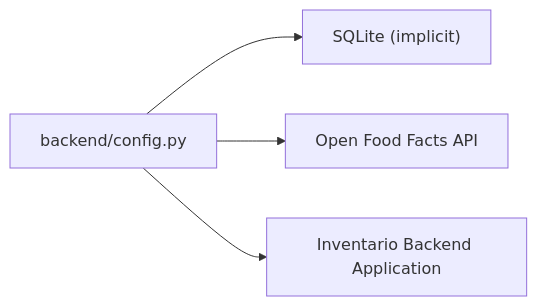
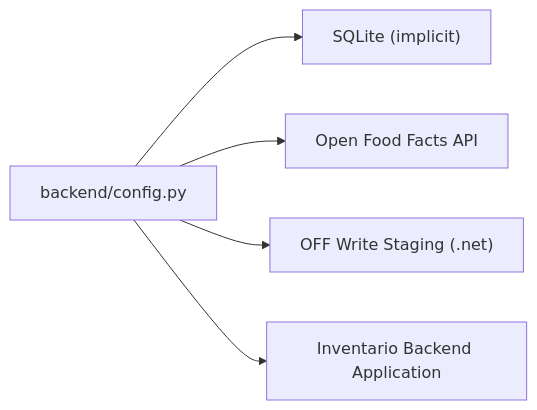
One commit to lorecanc/dispensapp changed the diagram in wiki/modules/backend-config.md. Above: the diagram before and after it, drawn with Mermaid. The commit also changed other lines of this file and 55 other files, not shown here.

````diff
--- a/wiki/modules/backend-config.md
+++ b/wiki/modules/backend-config.md
@@ -36,6 +63,7 @@
 ```mermaid
 graph LR
     Config["backend/config.py"] --> Database["SQLite (implicit)"]
     Config --> OFF["Open Food Facts API"]
+    Config --> OFFWrite["OFF Write Staging (.net)"]
     Config --> App["Inventario Backend Application"]
 ```
````
